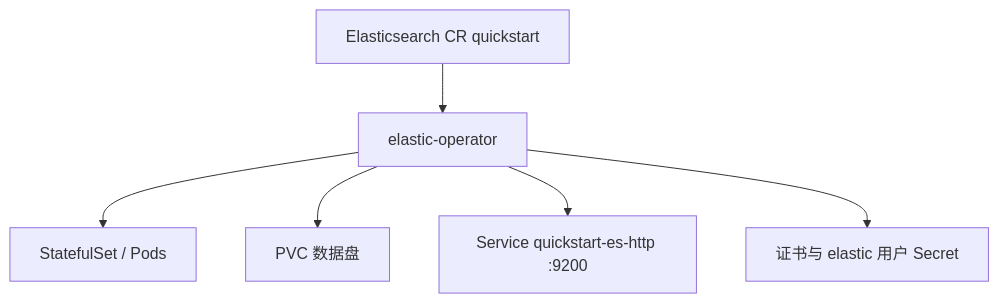
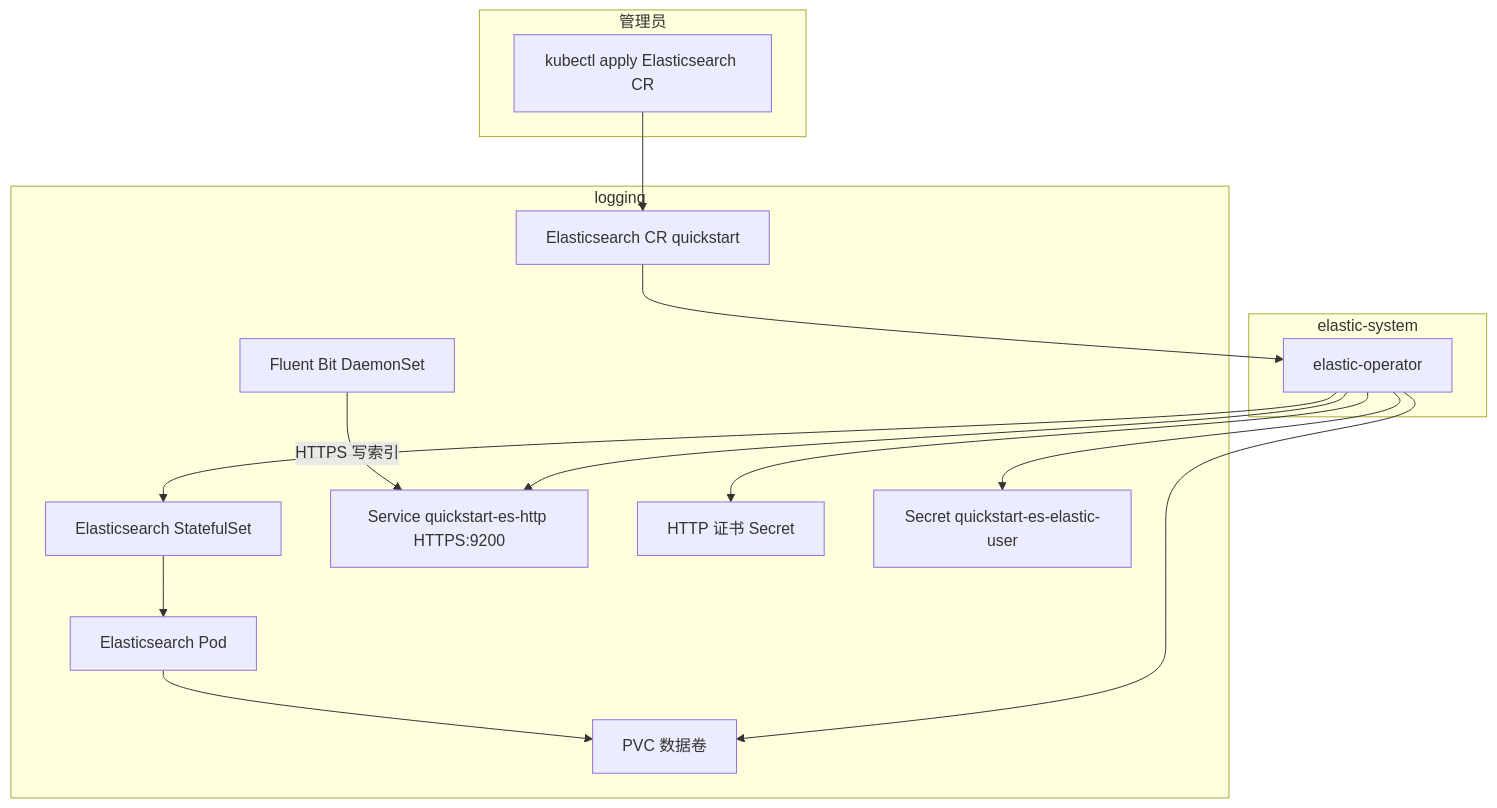
One commit to brinnatt/kubeauto changed the ninth of 21 diagrams in docs/efk/EFK.md. Above: the diagram before and after it, drawn with Mermaid. The commit also changed other lines of this file, not shown here.

````diff
--- a/docs/efk/EFK.md
+++ b/docs/efk/EFK.md
@@ -490,10 +444,29 @@
 ```mermaid
 flowchart TB
-  CR[Elasticsearch CR quickstart]
-  OP[elastic-operator]
-  CR --> OP
-  OP --> STS[StatefulSet / Pods]
-  OP --> PVC[PVC 数据盘]
-  OP --> SVC[Service quickstart-es-http :9200]
-  OP --> SEC[证书与 elastic 用户 Secret]
+  subgraph adm[管理员]
+    KA["kubectl apply Elasticsearch CR"]
+  end
+  subgraph esys[elastic-system]
+    OP[elastic-operator]
+  end
+  subgraph logns[logging]
+    ESCR["Elasticsearch CR quickstart"]
+    STS[Elasticsearch StatefulSet]
+    POD[Elasticsearch Pod]
+    PVC[PVC 数据卷]
+    SVC["Service quickstart-es-http HTTPS:9200"]
+    S_TLS[HTTP 证书 Secret]
+    S_EL["Secret quickstart-es-elastic-user"]
+    FB[Fluent Bit DaemonSet]
+  end
+  KA --> ESCR
+  ESCR --> OP
+  OP --> STS
+  OP --> PVC
+  OP --> SVC
+  OP --> S_TLS
+  OP --> S_EL
+  STS --> POD
+  POD --> PVC
+  FB -->|HTTPS 写索引| SVC
 ```
````
